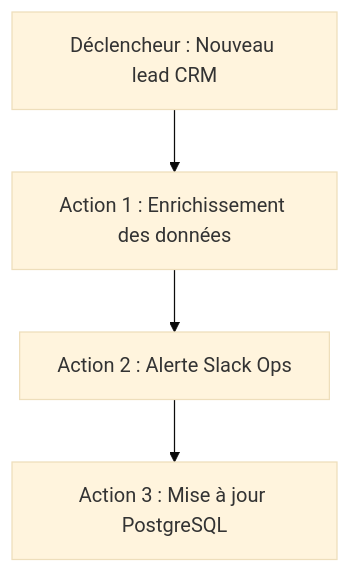
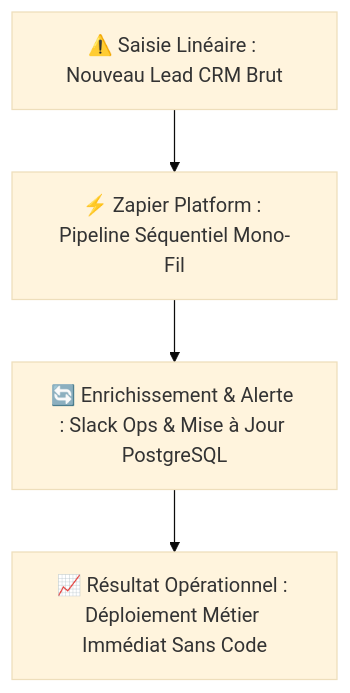
Before and after one commit to heliatech-media/saas-radar: the first of 2 diagrams in site/src/content/blog/make-vs-zapier-fr.md, drawn with Mermaid (base theme). The commit also changed other lines of this file and 9 other files, not shown here.

Commit message:
feat(architecture): enforce universal executive architecture card standard across 100% of site diagrams

````diff
--- a/site/src/content/blog/make-vs-zapier-fr.md
+++ b/site/src/content/blog/make-vs-zapier-fr.md
@@ -64,6 +64,6 @@
 ```mermaid
 flowchart TD
-    A[Déclencheur : Nouveau lead CRM] --> B[Action 1 : Enrichissement des données]
-    B --> C[Action 2 : Alerte Slack Ops]
-    C --> D[Action 3 : Mise à jour PostgreSQL]
+    Inp["⚠️ Saisie Linéaire : Nouveau Lead CRM Brut"] --> Eng["⚡ Zapier Platform : Pipeline Séquentiel Mono-Fil"]
+    Eng --> Pipe["🔄 Enrichissement & Alerte : Slack Ops & Mise à Jour PostgreSQL"]
+    Pipe --> Moat["📈 Résultat Opérationnel : Déploiement Métier Immédiat Sans Code"]
 ```
````
